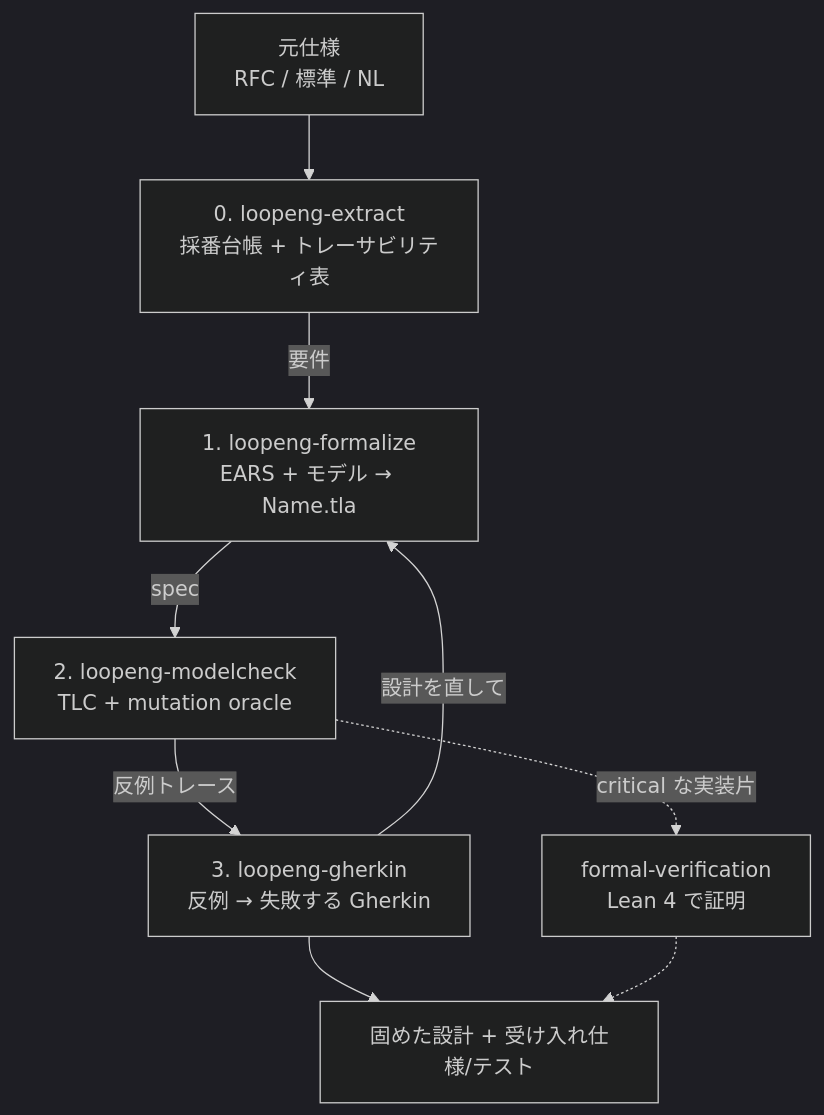
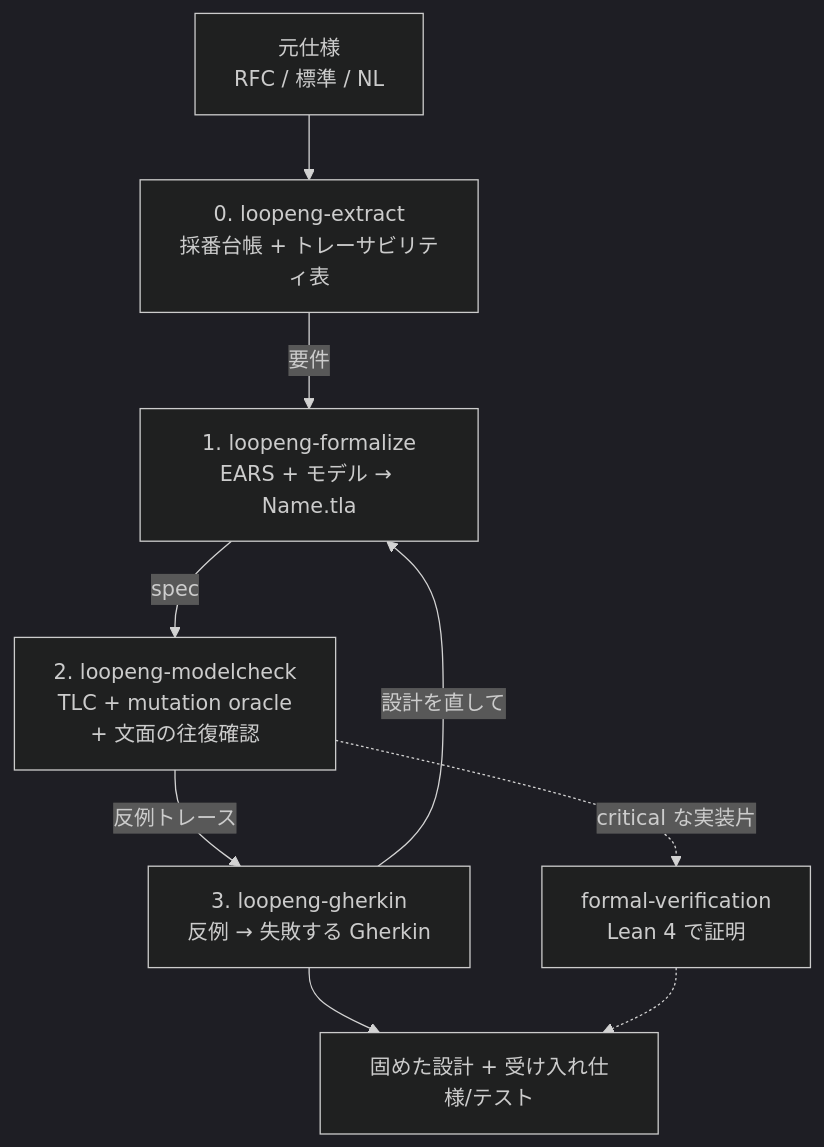
One commit to Hakkadaikon/hymme changed the diagram in skills/loop-engineering/SKILL.md. Above: the diagram before and after it, drawn with Mermaid (dark theme). The commit also changed 4 other files, not shown here.

First line of the commit message:
fix(loopeng): thread the roundtrip step through the flow and the example

````diff
--- a/skills/loop-engineering/SKILL.md
+++ b/skills/loop-engineering/SKILL.md
@@ -54,11 +54,11 @@
 ```mermaid
 flowchart TD
     SPEC[元仕様<br/>RFC / 標準 / NL] --> L0[0. loopeng-extract<br/>採番台帳 + トレーサビリティ表]
     L0 -->|要件| L1[1. loopeng-formalize<br/>EARS + モデル → Name.tla]
-    L1 -->|spec| L2[2. loopeng-modelcheck<br/>TLC + mutation oracle]
+    L1 -->|spec| L2[2. loopeng-modelcheck<br/>TLC + mutation oracle<br/>+ 文面の往復確認]
     L2 -->|反例トレース| L3[3. loopeng-gherkin<br/>反例 → 失敗する Gherkin]
     L3 -->|設計を直して| L1
     L2 -.->|critical な実装片| LEAN[formal-verification<br/>Lean 4 で証明]
     L3 --> OUT[固めた設計 + 受け入れ仕様/テスト]
     LEAN -.-> OUT
 ```
````
